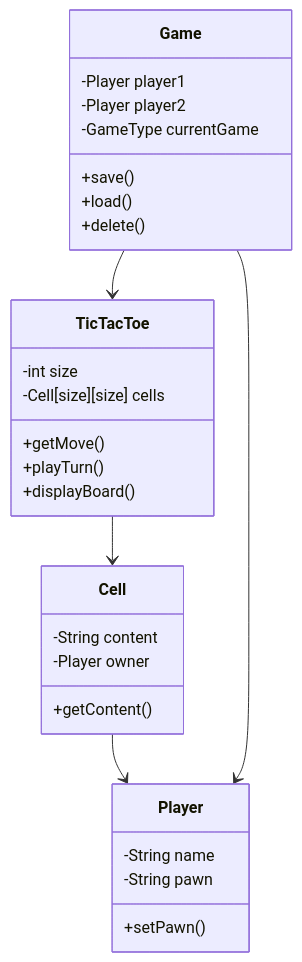
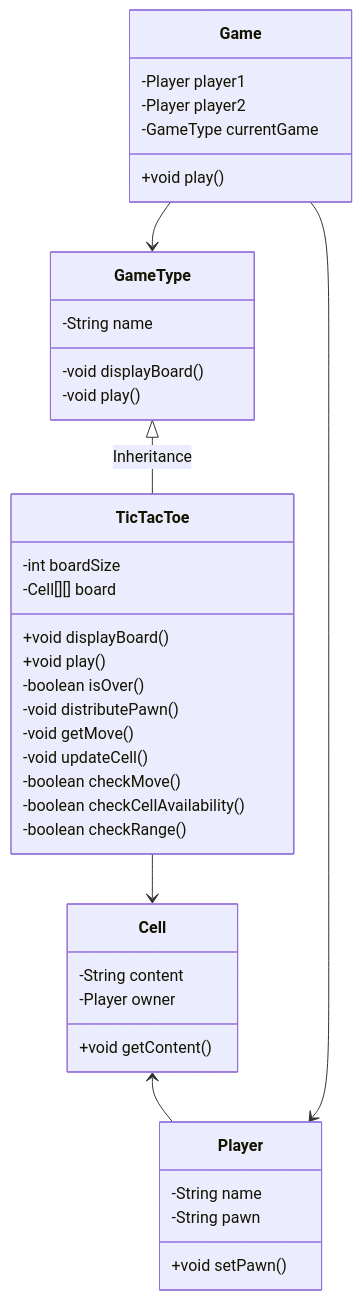
One commit to polmontou/TicTacShell changed the diagram in README.md. Above: the diagram before and after it, drawn with Mermaid. The commit also changed 2 other files, not shown here.

Commit message:
mermaid updated

````diff
--- a/README.md
+++ b/README.md
@@ -2,24 +2,42 @@
 ```mermaid
 classDiagram
-    Cell : -String content
-    Cell : -Player owner
-    Cell: +getContent()
-    Player : -String name
-    Player : -String pawn
-    Player: +setPawn()  
-    Game : -Player player1
-    Game : -Player player2
-    Game : -GameType currentGame
-    Game: +save()
-    Game: +load()
-    Game: +delete()
-    TicTacToe : -int size
-    TicTacToe : -Cell[size][size] cells
-    TicTacToe: +getMove()
-    TicTacToe: +playTurn()
-    TicTacToe: +displayBoard()
-    Game --> TicTacToe
+    class Cell{
+        -String content
+        -Player owner
+        +void getContent()
+    }
+    class Player{
+        -String name
+        -String pawn
+        +void setPawn()
+    }
+    class GameType {
+        -String name
+        -void displayBoard()
+        -void play()
+    }
+    class Game {
+        -Player player1
+        -Player player2
+        -GameType currentGame
+        +void play()
+    }
+    class TicTacToe {
+        -int boardSize
+        -Cell[][] board
+        +void displayBoard()
+        +void play()
+        -boolean isOver()
+        -void distributePawn()
+        -void getMove()
+        -void updateCell()
+        -boolean checkMove()
+        -boolean checkCellAvailability()
+        -boolean checkRange()
+    }
+    GameType <|-- TicTacToe : Inheritance
+    Game --> GameType
     TicTacToe --> Cell
-    Cell --> Player
+    Cell <-- Player
     Game --> Player
 ``` 
````
